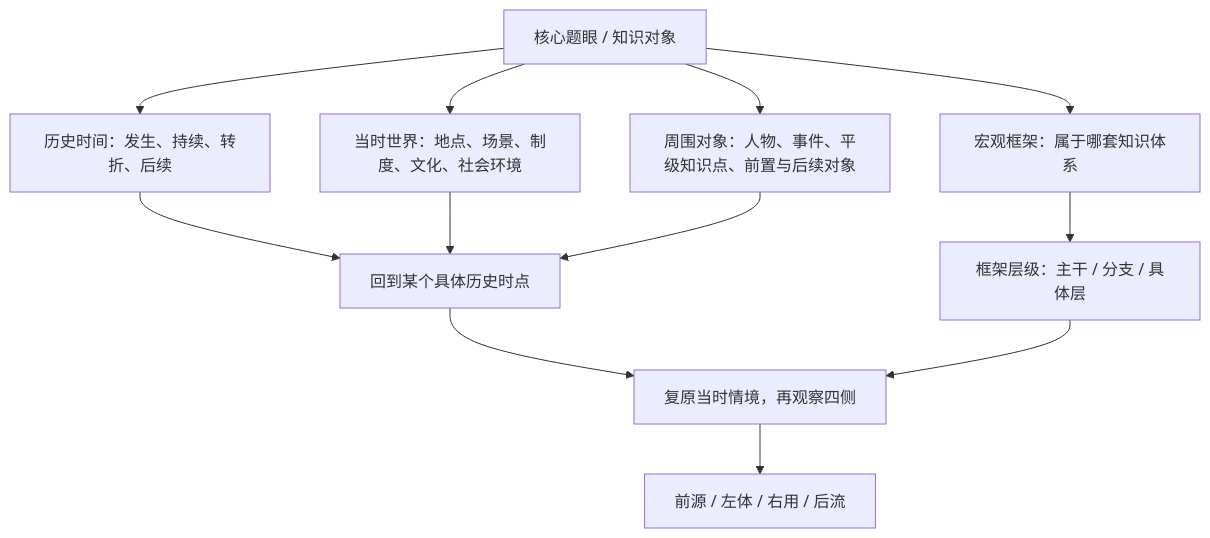
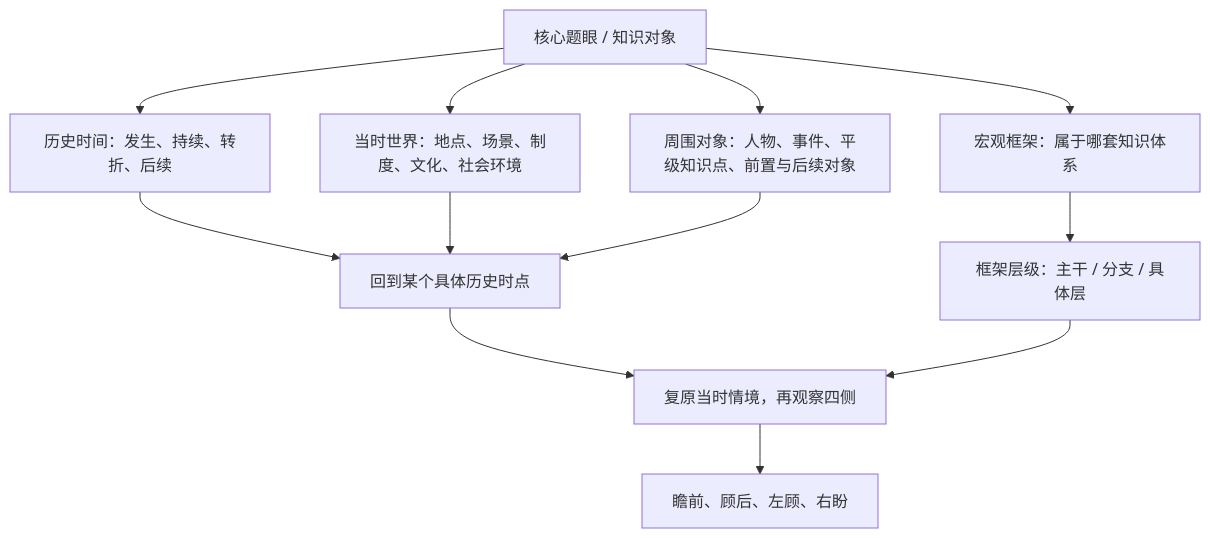
Before and after one commit to yijianvision-lgtm/yijian: the second of 3 diagrams in docs/MIND-V3.3-FOUR-DIRECTIONS-FOUR-DIMENSIONS-UNIFIED-MODEL.md, drawn with Mermaid. The commit also changed other lines of this file, not shown here.

````diff
--- a/docs/MIND-V3.3-FOUR-DIRECTIONS-FOUR-DIMENSIONS-UNIFIED-MODEL.md
+++ b/docs/MIND-V3.3-FOUR-DIRECTIONS-FOUR-DIMENSIONS-UNIFIED-MODEL.md
@@ -87,15 +87,15 @@
 ```mermaid
 flowchart TB
   A["核心题眼 / 知识对象"]
   A --> B["宏观框架：属于哪套知识体系"]
   B --> C["框架层级：主干 / 分支 / 具体层"]
   A --> D["历史时间：发生、持续、转折、后续"]
   A --> E["当时世界：地点、场景、制度、文化、社会环境"]
   A --> F["周围对象：人物、事件、平级知识点、前置与后续对象"]
   D --> G["回到某个具体历史时点"]
   E --> G
   F --> G
   G --> H["复原当时情境，再观察四侧"]
   C --> H
-  H --> I["前源 / 左体 / 右用 / 后流"]
+  H --> I["瞻前、顾后、左顾、右盼"]
 ```
````
